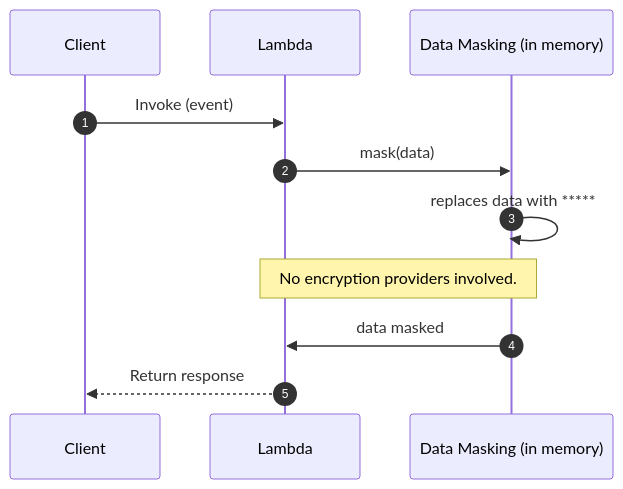
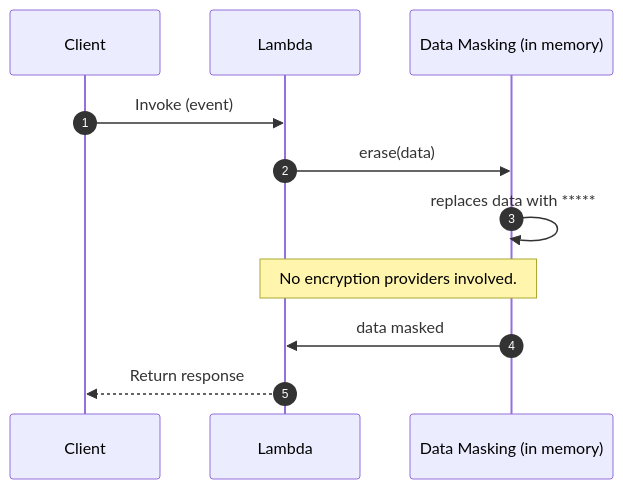
Before and after one commit to aws-powertools/powertools-lambda-python: the third of 6 diagrams in docs/utilities/data_masking.md, drawn with Mermaid. The commit also changed other lines of this file and 5 other files, not shown here.

````diff
--- a/docs/utilities/data_masking.md
+++ b/docs/utilities/data_masking.md
@@ -447,13 +447,13 @@
 ```mermaid
 sequenceDiagram
     autonumber
     participant Client
     participant Lambda
     participant DataMasking as Data Masking (in memory)
     Client->>Lambda: Invoke (event)
-    Lambda->>DataMasking: mask(data)
+    Lambda->>DataMasking: erase(data)
     DataMasking->>DataMasking: replaces data with *****
     Note over Lambda,DataMasking: No encryption providers involved.
     DataMasking->>Lambda: data masked
     Lambda-->>Client: Return response
 ```
````
